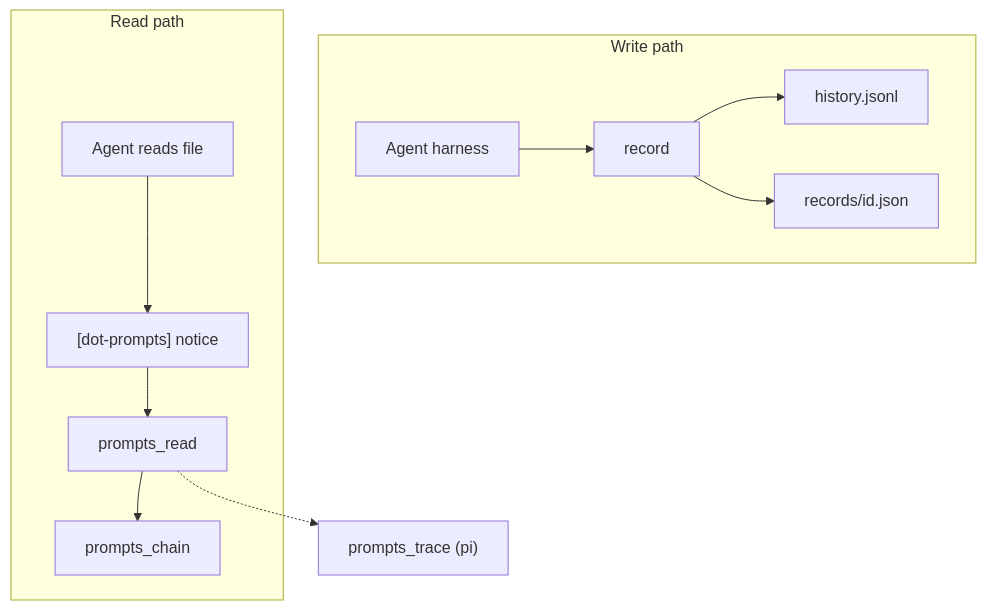
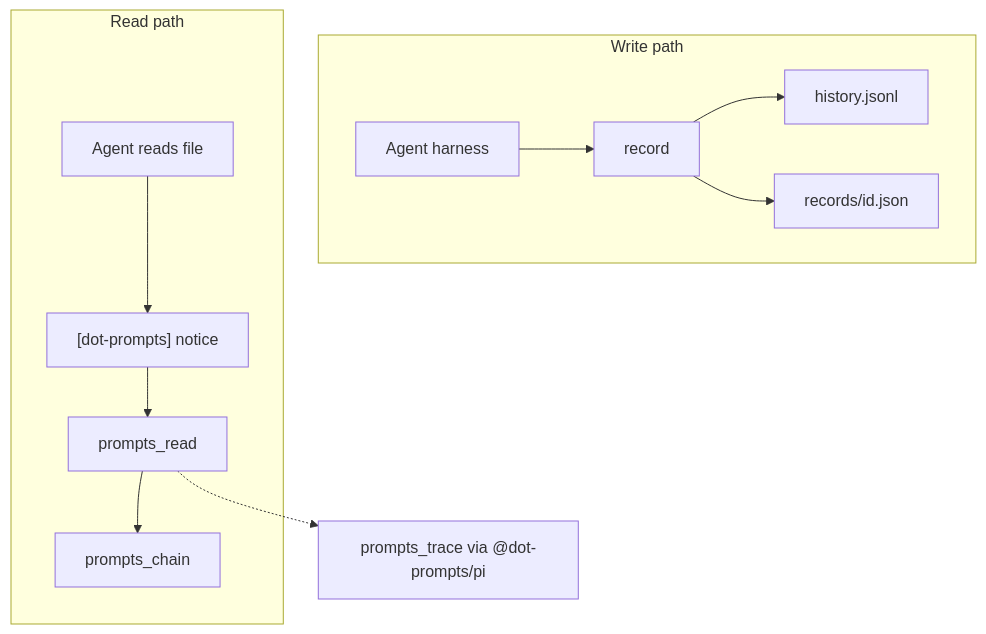
One commit to EpicCamel2302/dotprompts changed the diagram in docs/development/architecture.md. Above: the diagram before and after it, drawn with Mermaid. The commit also changed other lines of this file and 113 other files, not shown here.

````diff
--- a/docs/development/architecture.md
+++ b/docs/development/architecture.md
@@ -26,16 +36,16 @@
 ```mermaid
 flowchart TB
   subgraph write [Write path]
     Harness[Agent harness] --> Record[record]
     Record --> JSONL[history.jsonl]
     Record --> Mirror[records/id.json]
   end
 
   subgraph read [Read path]
     Agent[Agent reads file] --> Notice["[dot-prompts] notice"]
     Notice --> ReadTool[prompts_read]
     ReadTool --> ChainTool[prompts_chain]
   end
 
-  ReadTool -.-> TraceTool["prompts_trace (pi)"]
+  ReadTool -.-> TraceTool["prompts_trace via @dot-prompts/pi"]
 ```
````
